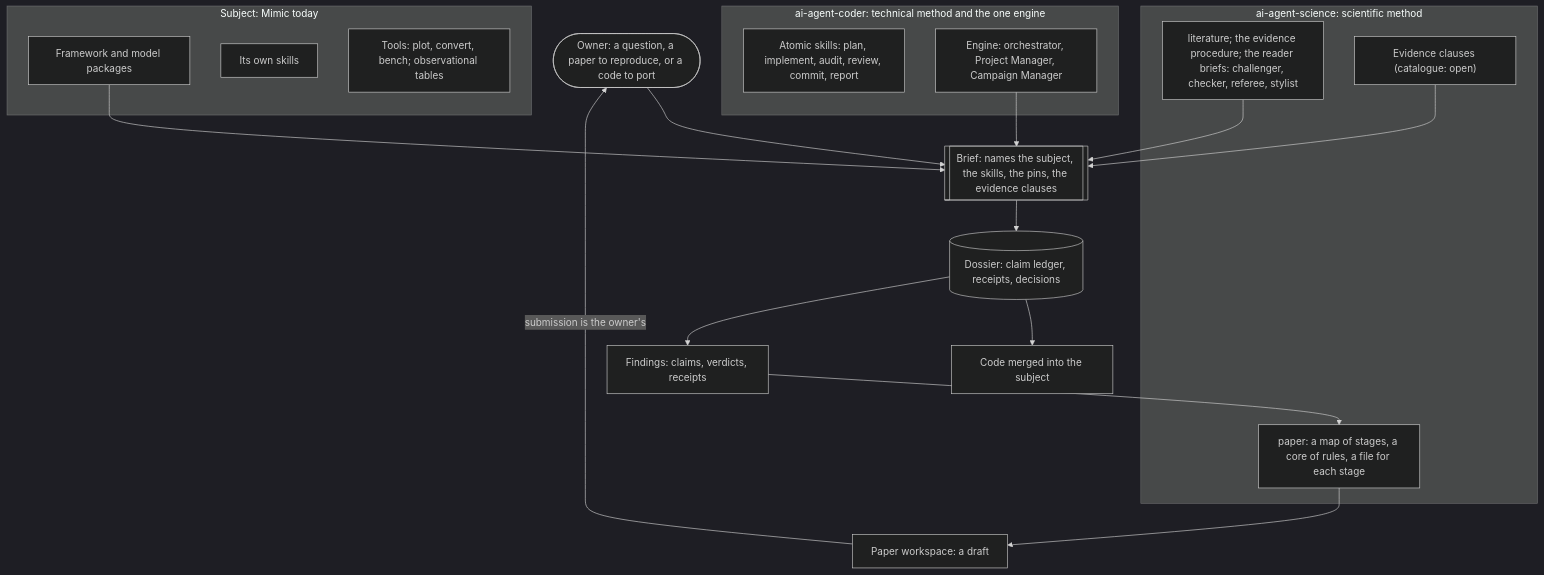
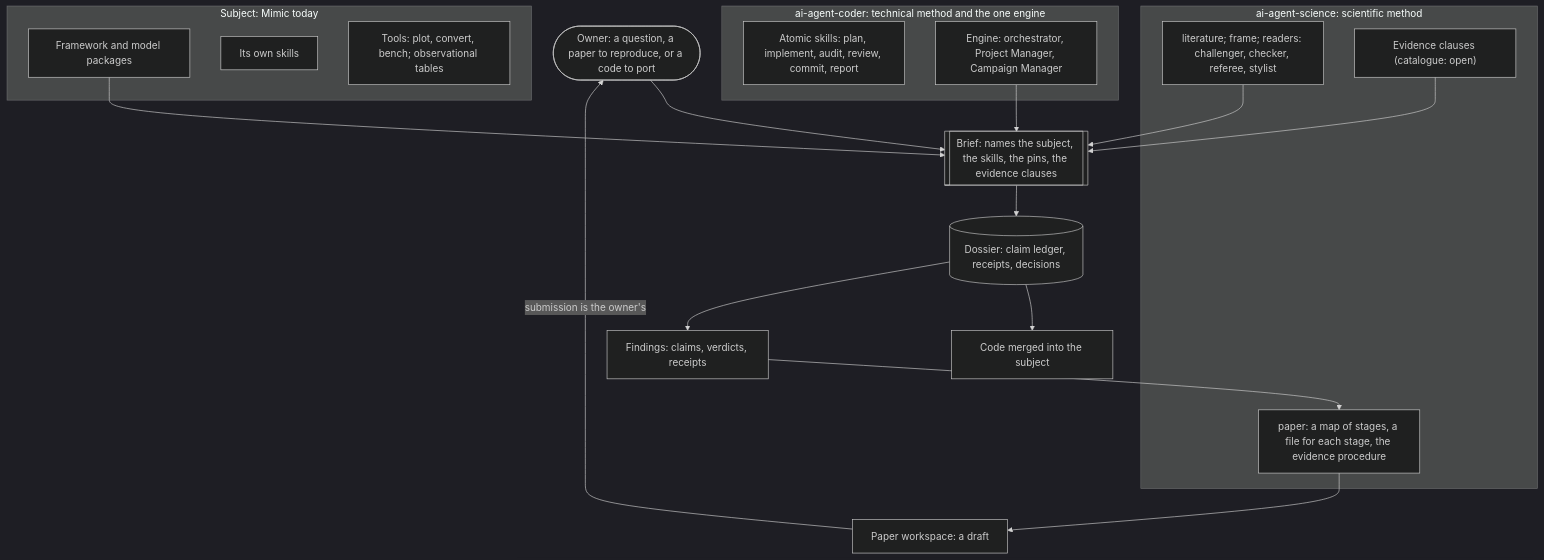
Before and after one commit to darrencroton/mimic: the first of 2 diagrams in docs/dev/AGENTIC-SCIENCE-ARCHITECTURE.md, drawn with Mermaid (dark theme). The commit also changed other lines of this file and 1 other file, not shown here.

````diff
--- a/docs/dev/AGENTIC-SCIENCE-ARCHITECTURE.md
+++ b/docs/dev/AGENTIC-SCIENCE-ARCHITECTURE.md
@@ -73,39 +73,39 @@
 ```mermaid
 flowchart TB
     owner(["Owner: a question, a paper to reproduce, or a code to port"])
 
     subgraph coder["ai-agent-coder: technical method and the one engine"]
         c1["Atomic skills: plan, implement, audit, review, commit, report"]
         c2["Engine: orchestrator, Project Manager, Campaign Manager"]
     end
 
     subgraph science["ai-agent-science: scientific method"]
-        s1["literature; the evidence procedure; the reader briefs: challenger, checker, referee, stylist"]
-        s2["paper: a map of stages, a core of rules, a file for each stage"]
+        s1["literature; frame; readers: challenger, checker, referee, stylist"]
+        s2["paper: a map of stages, a file for each stage, the evidence procedure"]
         s3["Evidence clauses (catalogue: open)"]
     end
 
     subgraph subject["Subject: Mimic today"]
         m1["Framework and model packages"]
         m2["Its own skills"]
         m3["Tools: plot, convert, bench; observational tables"]
     end
 
     brief[["Brief: names the subject, the skills, the pins, the evidence clauses"]]
     dossier[("Dossier: claim ledger, receipts, decisions")]
     code["Code merged into the subject"]
     findings["Findings: claims, verdicts, receipts"]
     paper["Paper workspace: a draft"]
 
     owner --> brief
     c2 --> brief
     s1 --> brief
     s3 --> brief
     m1 --> brief
     brief --> dossier
     dossier --> code
     dossier --> findings
     findings --> s2
     s2 --> paper
     paper -->|"submission is the owner's"| owner
 ```
````
